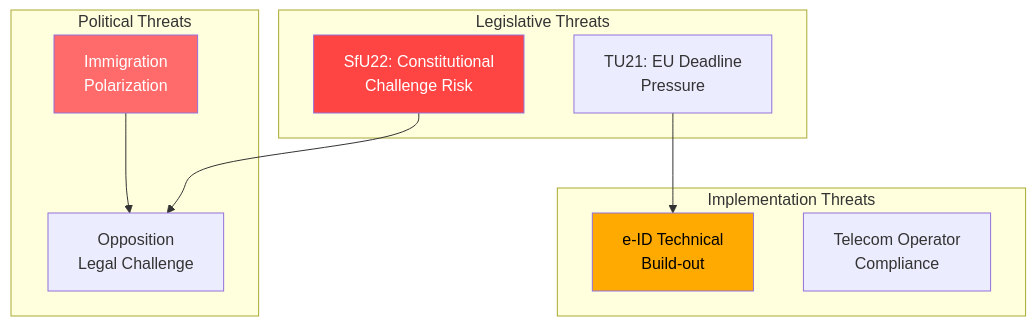
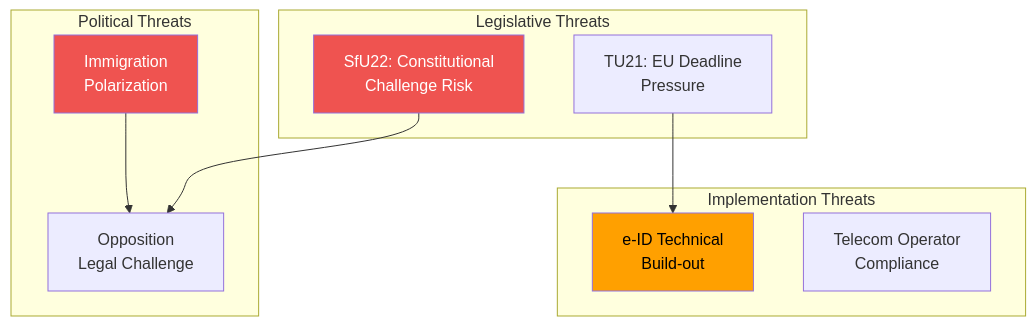
One commit to Hack23/riksdagsmonitor changed the diagram in analysis/daily/2026-04-16/committeeReports/threat-analysis.md. Above: the diagram before and after it, drawn with Mermaid. The commit also changed 785 other files, not shown here.

First line of the commit message:
Normalize mermaid colors across 786 analysis artifacts to ISMS Style Guide palette

````diff
--- a/analysis/daily/2026-04-16/committeeReports/threat-analysis.md
+++ b/analysis/daily/2026-04-16/committeeReports/threat-analysis.md
@@ -21,21 +21,21 @@
 ```mermaid
 flowchart TD
     subgraph Legislative["Legislative Threats"]
-        style LT1 fill:#ff4444,color:#fff
+        style LT1 fill:#EF5350,color:#FFFFFF
         LT1["SfU22: Constitutional\nChallenge Risk"]
         LT2["TU21: EU Deadline\nPressure"]
     end
     subgraph Implementation["Implementation Threats"]
-        style IT1 fill:#ffaa00,color:#000
+        style IT1 fill:#FFA000,color:#000000
         IT1["e-ID Technical\nBuild-out"]
         IT2["Telecom Operator\nCompliance"]
     end
     subgraph Political["Political Threats"]
-        style PT1 fill:#ff6b6b,color:#fff
+        style PT1 fill:#EF5350,color:#FFFFFF
         PT1["Immigration\nPolarization"]
         PT2["Opposition\nLegal Challenge"]
     end
     LT1 --> PT2
     PT1 --> PT2
     LT2 --> IT1
 ```
````
